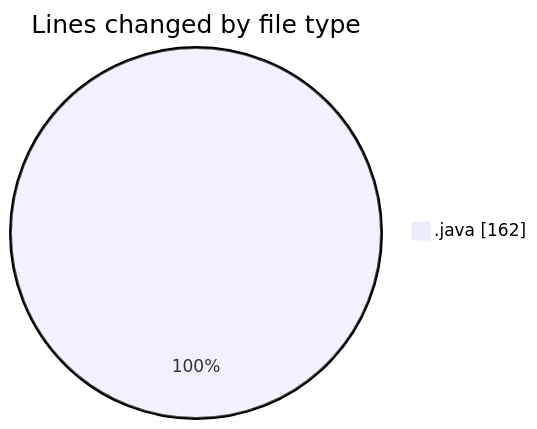
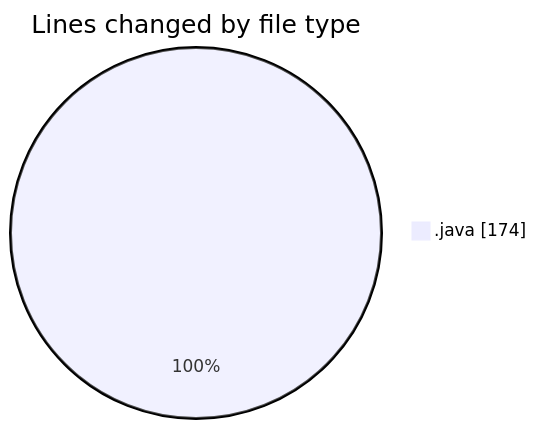
Before and after one commit to hasnaa123/code-tracking: the first of 2 diagrams in 2025-12-28/java_basics/README.md, drawn with Mermaid. The commit also changed other lines of this file and 1 other file, not shown here.

````diff
--- a/2025-12-28/java_basics/README.md
+++ b/2025-12-28/java_basics/README.md
@@ -20,5 +20,5 @@
 ```mermaid
 pie showData
 title Lines changed by file type
-".java" : 162
+".java" : 174
 ```
````
